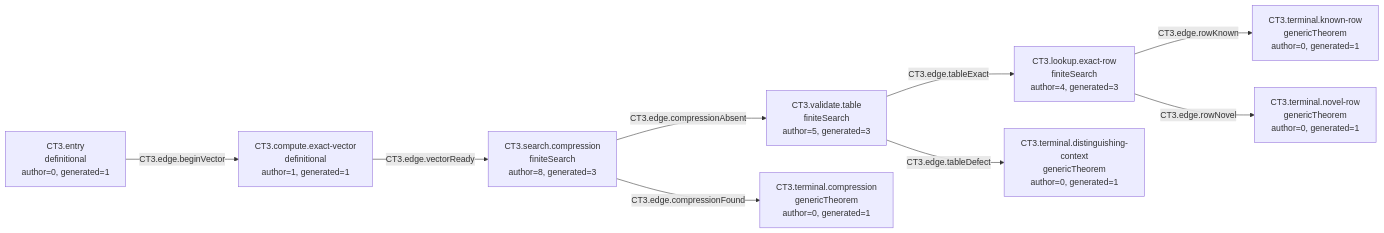
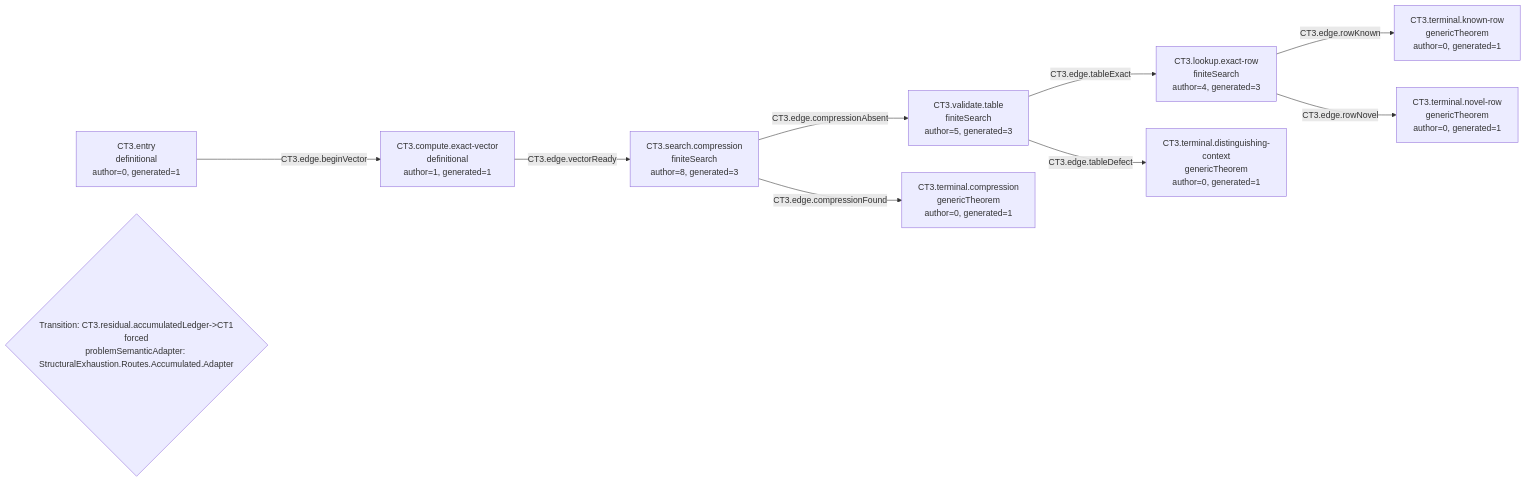
Before and after one commit to Guillemdb/structural_exhaustion: the diagram in generated/mermaid/CT3.mmd, drawn with Mermaid. The commit also changed 189 other files, not shown here.

```diff
--- a/generated/mermaid/CT3.mmd
+++ b/generated/mermaid/CT3.mmd
@@ -1,18 +1,19 @@
 flowchart LR
   N1["CT3.entry<br/>definitional<br/>author=0, generated=1"]
   N2["CT3.compute.exact-vector<br/>definitional<br/>author=1, generated=1"]
   N3["CT3.search.compression<br/>finiteSearch<br/>author=8, generated=3"]
   N4["CT3.validate.table<br/>finiteSearch<br/>author=5, generated=3"]
   N5["CT3.lookup.exact-row<br/>finiteSearch<br/>author=4, generated=3"]
   N6["CT3.terminal.compression<br/>genericTheorem<br/>author=0, generated=1"]
   N7["CT3.terminal.distinguishing-context<br/>genericTheorem<br/>author=0, generated=1"]
   N8["CT3.terminal.known-row<br/>genericTheorem<br/>author=0, generated=1"]
   N9["CT3.terminal.novel-row<br/>genericTheorem<br/>author=0, generated=1"]
   N1 -->|CT3.edge.beginVector| N2
   N2 -->|CT3.edge.vectorReady| N3
   N3 -->|CT3.edge.compressionFound| N6
   N3 -->|CT3.edge.compressionAbsent| N4
   N4 -->|CT3.edge.tableDefect| N7
   N4 -->|CT3.edge.tableExact| N5
   N5 -->|CT3.edge.rowKnown| N8
   N5 -->|CT3.edge.rowNovel| N9
+  P1{"Transition: CT3.residual.accumulatedLedger->CT1<br/>forced<br/>problemSemanticAdapter: StructuralExhaustion.Routes.Accumulated.Adapter"}
```
